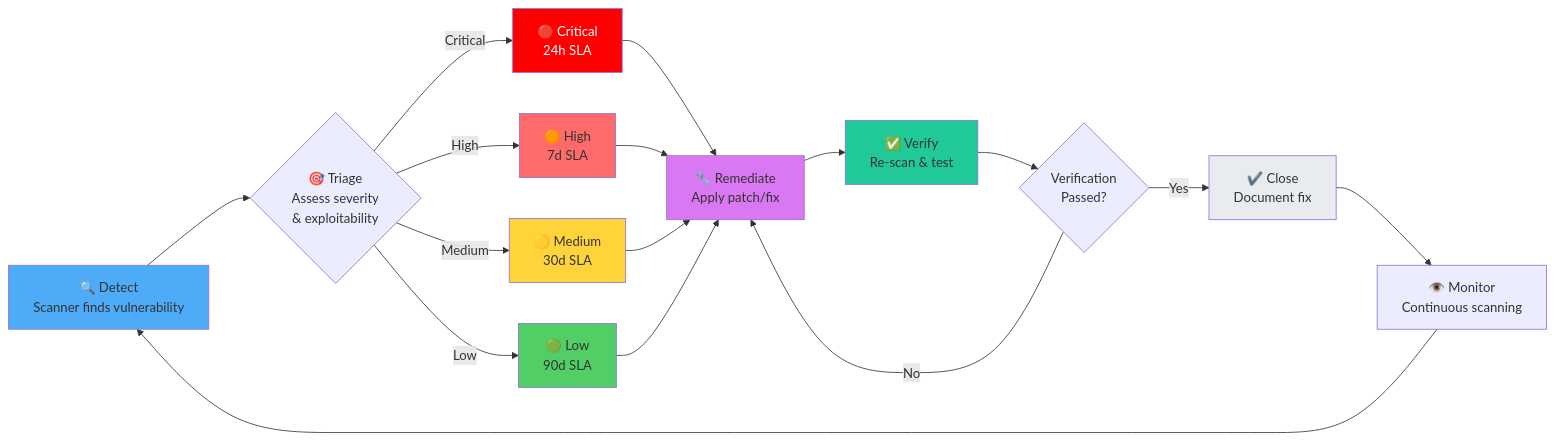
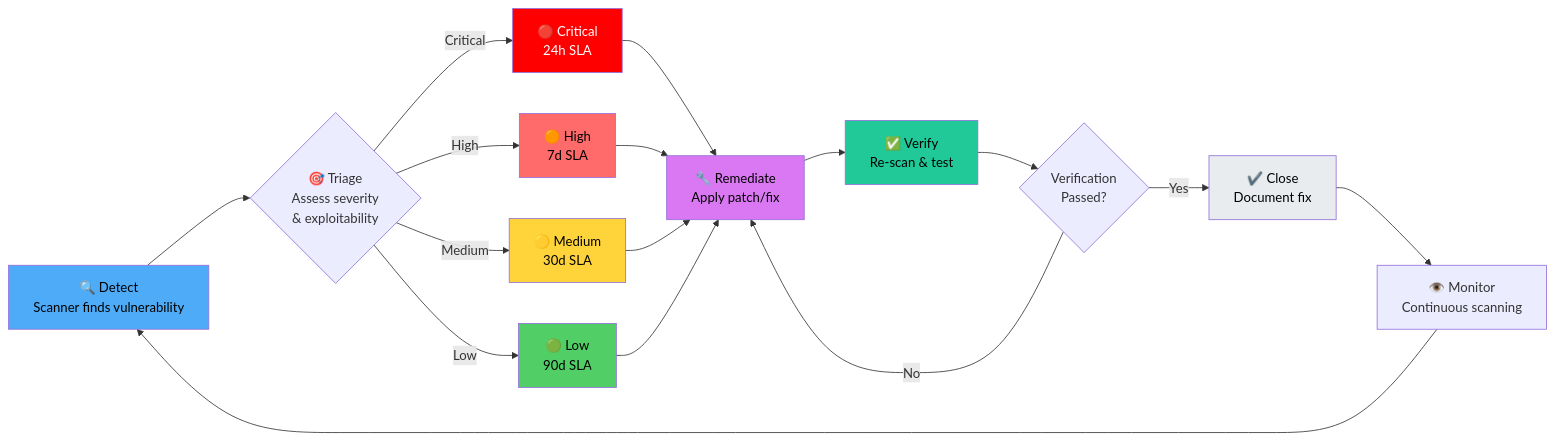
The fifth of 8 diagrams in SECURITY_ARCHITECTURE.md (Hack23/riksdagsmonitor), drawn with Mermaid before and after one commit. The commit also changed other lines of this file and 11 other files, not shown here.

First line of the commit message:
Fix broken mermaid diagrams: SWOT gantt, quadrantChart theming, init quotes, text colors

````diff
--- a/SECURITY_ARCHITECTURE.md
+++ b/SECURITY_ARCHITECTURE.md
@@ -1291,34 +1291,34 @@
 ```mermaid
 graph LR
     Detect[🔍 Detect<br/>Scanner finds vulnerability] --> Triage{🎯 Triage<br/>Assess severity<br/>& exploitability}
     
     Triage -->|Critical| C[🔴 Critical<br/>24h SLA]
     Triage -->|High| H[🟠 High<br/>7d SLA]
     Triage -->|Medium| M[🟡 Medium<br/>30d SLA]
     Triage -->|Low| L[🟢 Low<br/>90d SLA]
     
     C --> Remediate[🔧 Remediate<br/>Apply patch/fix]
     H --> Remediate
     M --> Remediate
     L --> Remediate
     
     Remediate --> Verify[✅ Verify<br/>Re-scan & test]
     
     Verify --> Pass{Verification<br/>Passed?}
     
     Pass -->|Yes| Close[✔️ Close<br/>Document fix]
     Pass -->|No| Remediate
     
     Close --> Monitor[👁️ Monitor<br/>Continuous scanning]
     
     Monitor --> Detect
     
-    style Detect fill:#4dabf7
+    style Detect fill:#4dabf7,color:#000000
     style C fill:#ff0000,color:#fff
-    style H fill:#ff6b6b
-    style M fill:#ffd43b
-    style L fill:#51cf66
-    style Remediate fill:#da77f2
-    style Verify fill:#20c997
-    style Close fill:#e9ecef
+    style H fill:#ff6b6b,color:#000000
+    style M fill:#ffd43b,color:#000000
+    style L fill:#51cf66,color:#000000
+    style Remediate fill:#da77f2,color:#000000
+    style Verify fill:#20c997,color:#000000
+    style Close fill:#e9ecef,color:#000000
 ```
````
